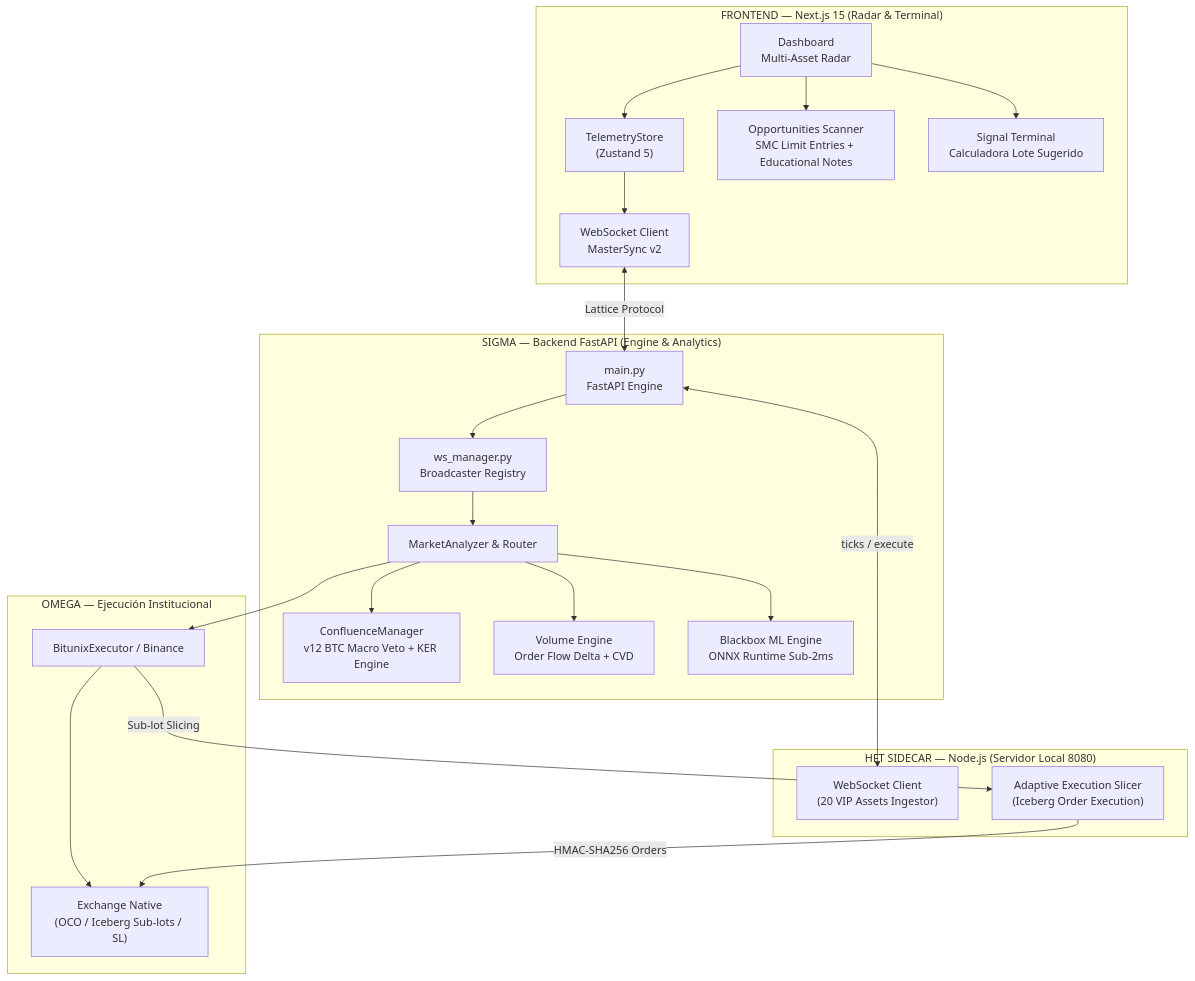
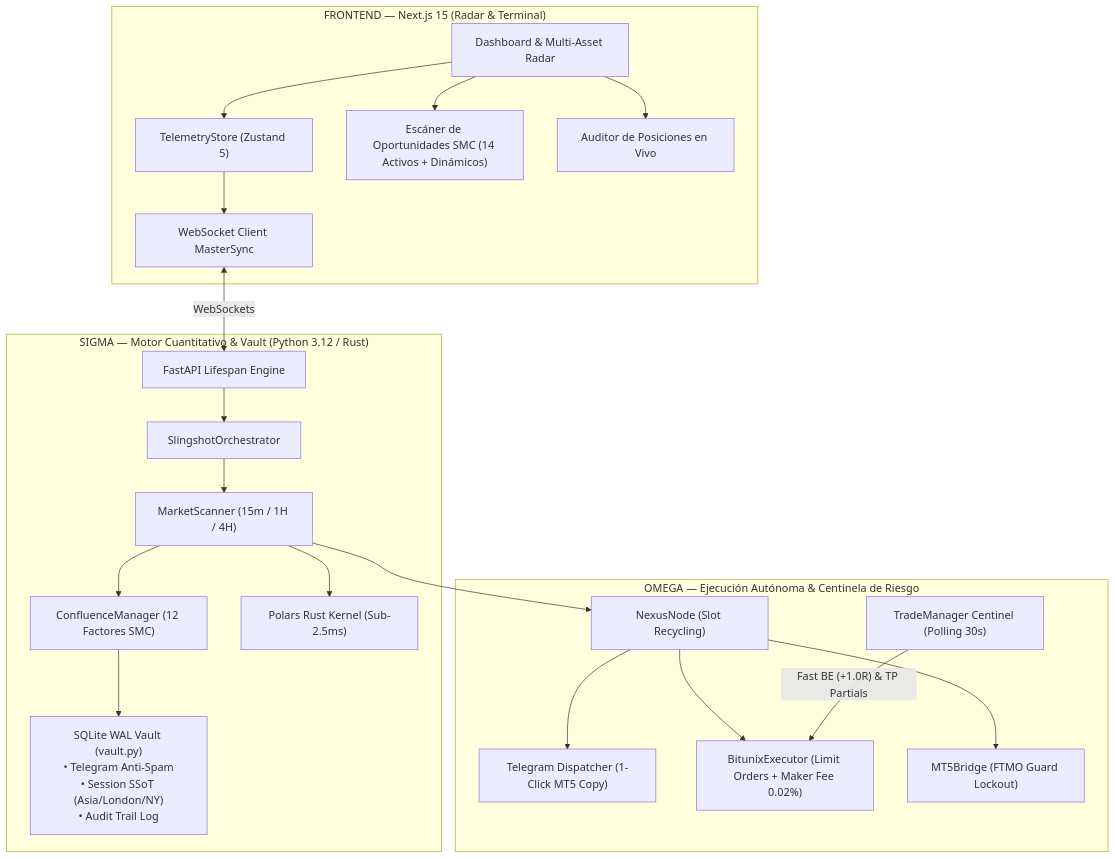
Before and after one commit to matiquelmec/Slingshot: the diagram in README.md, drawn with Mermaid. The commit also changed other lines of this file and 96 other files, not shown here.

Commit message:
feat(v21.0): Apex Autonomous Engine, SQLite WAL Vault, Live Bitunix Fast BE, Dynamic Screener and 29/29 QA Suite

````diff
--- a/README.md
+++ b/README.md
@@ -21,32 +28,27 @@
 ```mermaid
 graph TB
     subgraph "FRONTEND — Next.js 15 (Radar & Terminal)"
-        A["Dashboard<br/>Multi-Asset Radar"] --> B["TelemetryStore<br/>(Zustand 5)"]
-        B --> C["WebSocket Client<br/>MasterSync v2"]
-        A --> D["Opportunities Scanner<br/>SMC Limit Entries + Educational Notes"]
-        A --> E["Signal Terminal<br/>Calculadora Lote Sugerido"]
+        A["Dashboard & Multi-Asset Radar"] --> B["TelemetryStore (Zustand 5)"]
+        B --> C["WebSocket Client MasterSync"]
+        A --> D["Escáner de Oportunidades SMC (14 Activos + Dinámicos)"]
+        A --> E["Auditor de Posiciones en Vivo"]
     end
 
-    subgraph "SIGMA — Backend FastAPI (Engine & Analytics)"
-        J["main.py<br/>FastAPI Engine"] --> K["ws_manager.py<br/>Broadcaster Registry"]
-        K --> L["MarketAnalyzer & Router"]
-        L --> M["ConfluenceManager<br/>v12 BTC Macro Veto + KER Engine"]
-        L --> N["Volume Engine<br/>Order Flow Delta + CVD"]
-        L --> O["Blackbox ML Engine<br/>ONNX Runtime Sub-2ms"]
+    subgraph "SIGMA — Motor Cuantitativo & Vault (Python 3.12 / Rust)"
+        J["FastAPI Lifespan Engine"] --> K["SlingshotOrchestrator"]
+        K --> L["MarketScanner (15m / 1H / 4H)"]
+        L --> M["ConfluenceManager (12 Factores SMC)"]
+        L --> N["Polars Rust Kernel (Sub-2.5ms)"]
+        M --> V["SQLite WAL Vault (vault.py)<br/>• Telegram Anti-Spam<br/>• Session SSoT (Asia/London/NY)<br/>• Audit Trail Log"]
     end
 
-    subgraph "HFT SIDECAR — Node.js (Servidor Local 8080)"
-        NodeWS["WebSocket Client<br/>(20 VIP Assets Ingestor)"]
-        NodeExec["Adaptive Execution Slicer<br/>(Iceberg Order Execution)"]
+    subgraph "OMEGA — Ejecución Autónoma & Centinela de Riesgo"
+        L --> NX["NexusNode (Slot Recycling)"]
+        NX --> T["Telegram Dispatcher (1-Click MT5 Copy)"]
+        NX --> BX["BitunixExecutor (Limit Orders + Maker Fee 0.02%)"]
+        NX --> MT5["MT5Bridge (FTMO Guard Lockout)"]
+        TM["TradeManager Centinel (Polling 30s)"] --> |"Fast BE (+1.0R) & TP Partials"| BX
     end
 
-    subgraph "OMEGA — Ejecución Institucional"
-        T["BitunixExecutor / Binance"] --> BB["Exchange Native<br/>(OCO / Iceberg Sub-lots / SL)"]
-    end
-
-    C <--> |"Lattice Protocol"| J
-    J <--> |"ticks / execute"| NodeWS
-    L --> T
-    T --> |"Sub-lot Slicing"| NodeExec
-    NodeExec --> |"HMAC-SHA256 Orders"| BB
+    C <--> |"WebSockets"| J
 ```
````
